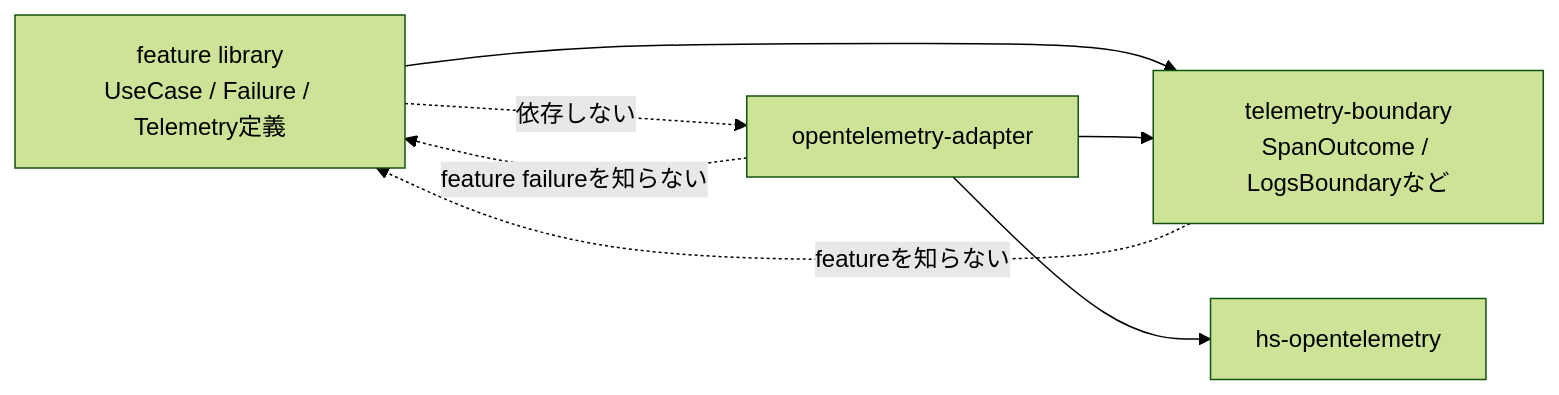
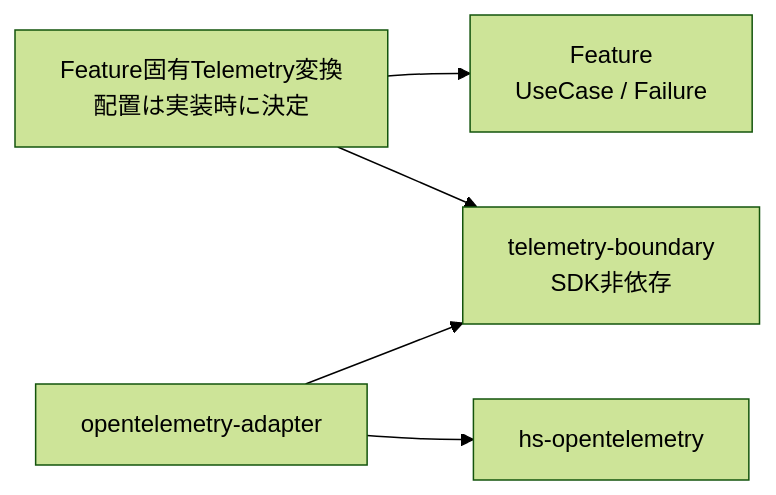
One commit to takashit16833/Workbench changed the fourth of 7 diagrams in Notes/RAGScope/RAGScopeアプリケーション/RS-0024 失敗型と利用境界への変換設計メモ.md. Above: the diagram before and after it, drawn with Mermaid (forest theme). The commit also changed other lines of this file, not shown here.

````diff
--- a/Notes/RAGScope/RAGScopeアプリケーション/RS-0024 失敗型と利用境界への変換設計メモ.md
+++ b/Notes/RAGScope/RAGScopeアプリケーション/RS-0024 失敗型と利用境界への変換設計メモ.md
@@ -257,15 +319,13 @@
 ```mermaid
 flowchart LR
-    FEATURE["feature library<br/>UseCase / Failure / Telemetry定義"]
-    BOUNDARY["telemetry-boundary<br/>SpanOutcome / LogsBoundaryなど"]
-    OTELADAPTER["opentelemetry-adapter"]
+    FEATURE["Feature<br>UseCase / Failure"]
+    MAP["Feature固有Telemetry変換<br>配置は実装時に決定"]
+    BOUNDARY["telemetry-boundary<br>SDK非依存"]
+    OTEL["opentelemetry-adapter"]
     SDK["hs-opentelemetry"]
 
-    FEATURE --> BOUNDARY
-    OTELADAPTER --> BOUNDARY
-    OTELADAPTER --> SDK
-
-    FEATURE -. "依存しない" .-> OTELADAPTER
-    BOUNDARY -. "featureを知らない" .-> FEATURE
-    OTELADAPTER -. "feature failureを知らない" .-> FEATURE
+    MAP --> FEATURE
+    MAP --> BOUNDARY
+    OTEL --> BOUNDARY
+    OTEL --> SDK
 ```
````
